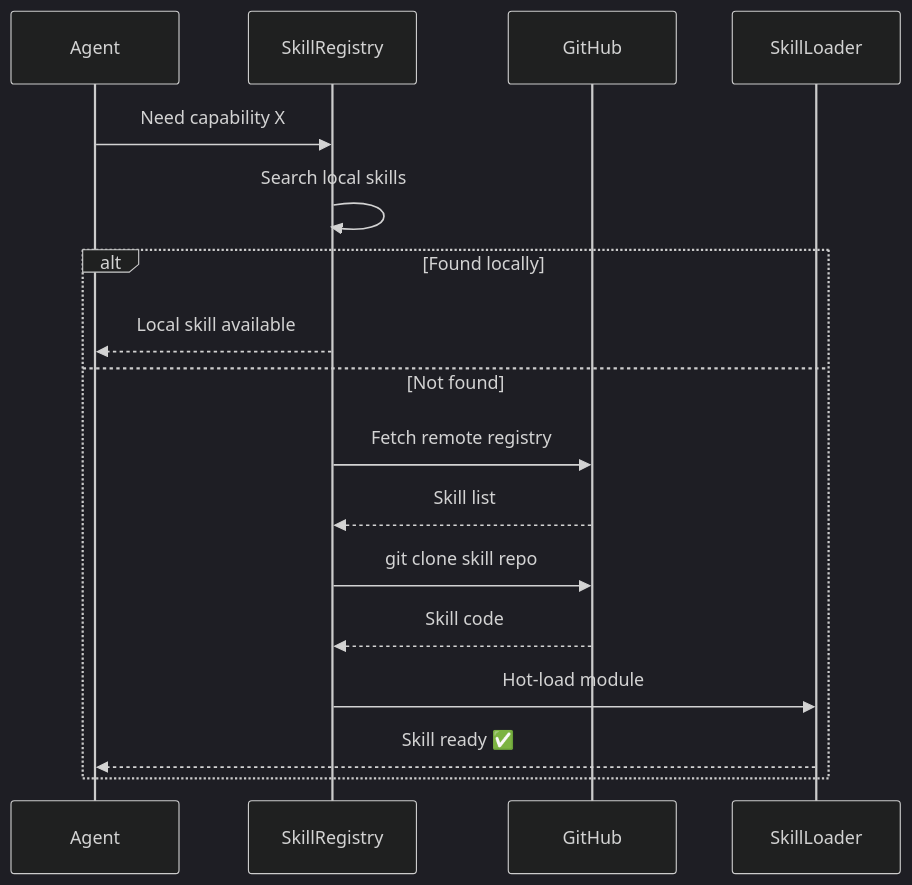
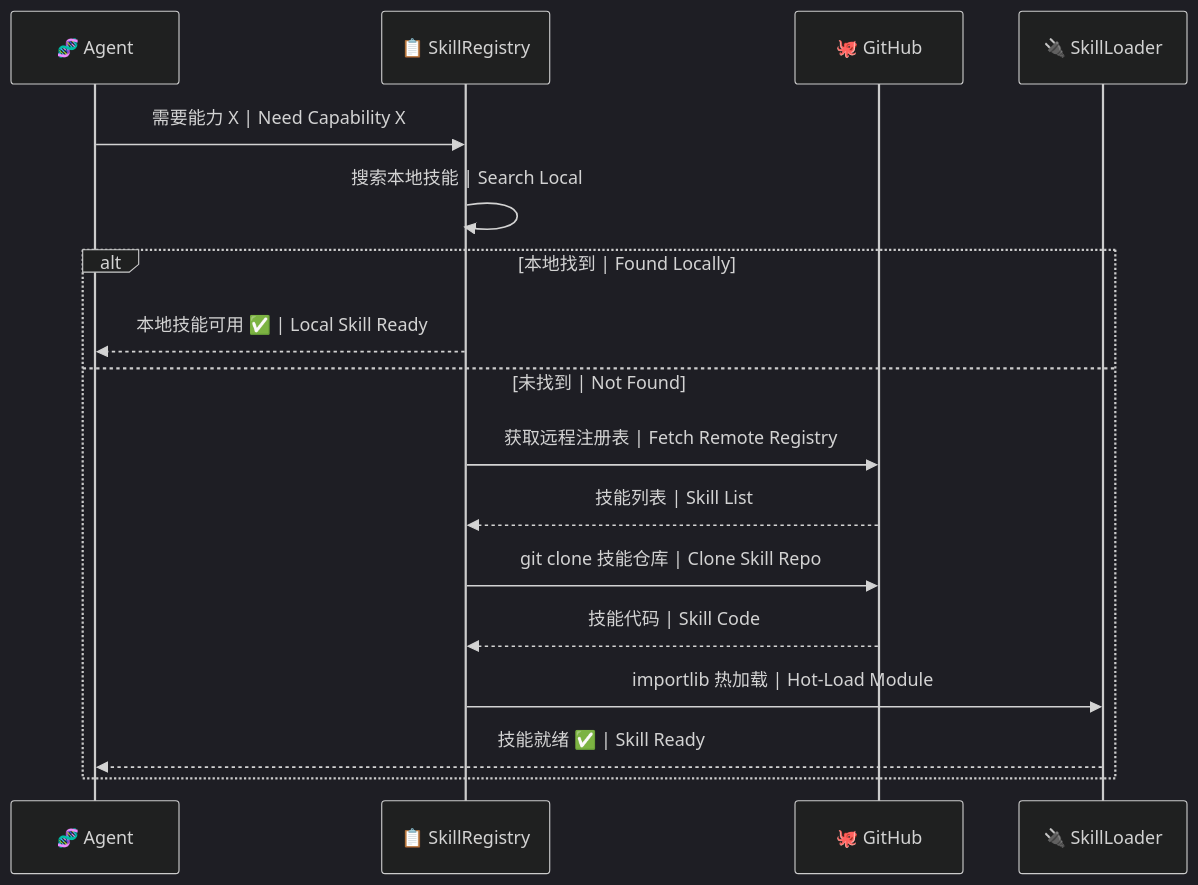
Before and after one commit to jincheng3870682453-hash/autonomous-agent: the fifth of 5 diagrams in README.md, drawn with Mermaid (dark theme). The commit also changed other lines of this file, not shown here.

Commit message:
v4.1.1: 重构README - 大厂风格架构图+中英双语+完整对比

````diff
--- a/README.md
+++ b/README.md
@@ -448,20 +379,20 @@
 ```mermaid
 sequenceDiagram
-    participant Agent
-    participant Registry as SkillRegistry
-    participant GitHub
-    participant Loader as SkillLoader
+    participant Agent as 🧬 Agent
+    participant Registry as 📋 SkillRegistry
+    participant GitHub as 🐙 GitHub
+    participant Loader as 🔌 SkillLoader
 
-    Agent->>Registry: Need capability X
-    Registry->>Registry: Search local skills
-    alt Found locally
-        Registry-->>Agent: Local skill available
-    else Not found
-        Registry->>GitHub: Fetch remote registry
-        GitHub-->>Registry: Skill list
-        Registry->>GitHub: git clone skill repo
-        GitHub-->>Registry: Skill code
-        Registry->>Loader: Hot-load module
-        Loader-->>Agent: Skill ready ✅
+    Agent->>Registry: 需要能力 X | Need Capability X
+    Registry->>Registry: 搜索本地技能 | Search Local
+    alt 本地找到 | Found Locally
+        Registry-->>Agent: 本地技能可用 ✅ | Local Skill Ready
+    else 未找到 | Not Found
+        Registry->>GitHub: 获取远程注册表 | Fetch Remote Registry
+        GitHub-->>Registry: 技能列表 | Skill List
+        Registry->>GitHub: git clone 技能仓库 | Clone Skill Repo
+        GitHub-->>Registry: 技能代码 | Skill Code
+        Registry->>Loader: importlib 热加载 | Hot-Load Module
+        Loader-->>Agent: 技能就绪 ✅ | Skill Ready
     end
 ```
````
